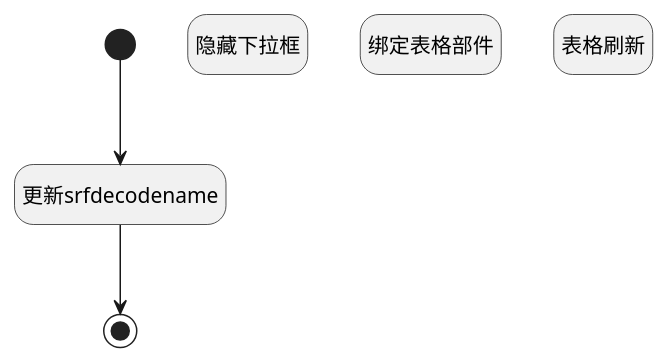
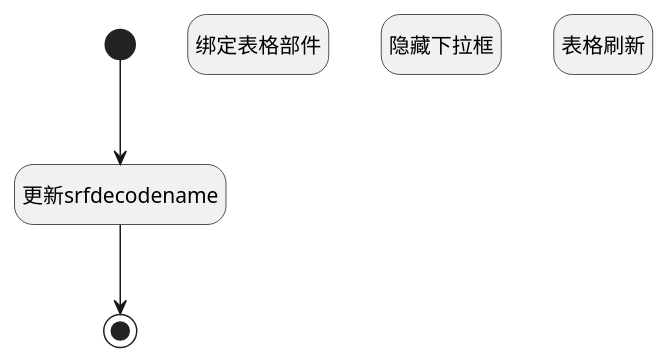
One commit to iBizLab/plm changed the diagram in doc/docsify/module/ProjMgmt/work_item/uilogic/mob_refresh_child_list.md. Above: the diagram before and after it, drawn with PlantUML. The commit also changed other lines of this file and 1276 other files, not shown here.

````diff
--- a/doc/docsify/module/ProjMgmt/work_item/uilogic/mob_refresh_child_list.md
+++ b/doc/docsify/module/ProjMgmt/work_item/uilogic/mob_refresh_child_list.md
@@ -7,24 +7,24 @@
 ```plantuml
 @startuml
 hide footbox
 <style>
 root {
   HyperlinkColor #42b983
 }
 </style>
 
 hide empty description
 state "开始" as Begin <<start>> [[$./mob_refresh_child_list#begin {开始}]]
+state "结束" as END1 <<end>> [[$./mob_refresh_child_list#end1 {结束}]]
+state "绑定表格部件" as PREPAREJSPARAM2  [[$./mob_refresh_child_list#preparejsparam2 {绑定表格部件}]]
 state "隐藏下拉框" as RAWJSCODE2  [[$./mob_refresh_child_list#rawjscode2 {隐藏下拉框}]]
-state "绑定表格部件" as PREPAREJSPARAM2  [[$./mob_refresh_child_list#preparejsparam2 {绑定表格部件}]]
-state "结束" as END1 <<end>> [[$./mob_refresh_child_list#end1 {结束}]]
+state "表格刷新" as VIEWCTRLINVOKE1  [[$./mob_refresh_child_list#viewctrlinvoke1 {表格刷新}]]
 state "更新srfdecodename" as RAWJSCODE3  [[$./mob_refresh_child_list#rawjscode3 {更新srfdecodename}]]
-state "表格刷新" as VIEWCTRLINVOKE1  [[$./mob_refresh_child_list#viewctrlinvoke1 {表格刷新}]]
 
 
 Begin --> RAWJSCODE3
 RAWJSCODE3 --> END1
 
 
 @enduml
 ```
````
